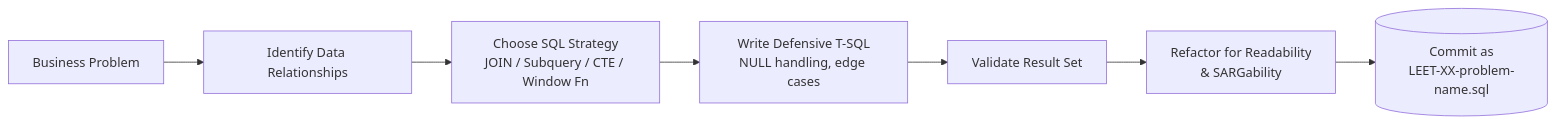
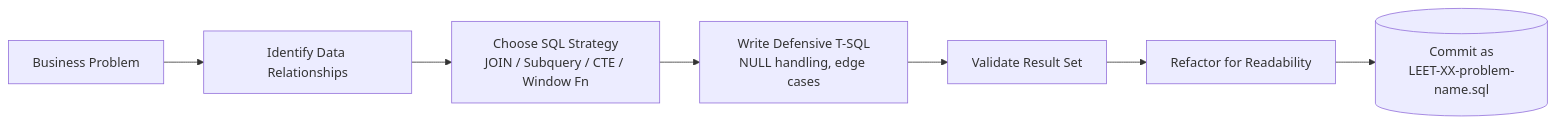
One commit to ahmed-ibrahim-EG/SQL-for-Data-Engineering-Leetcode50 changed the diagram in README.md. Above: the diagram before and after it, drawn with Mermaid. The commit also changed other lines of this file, not shown here.

````diff
--- a/README.md
+++ b/README.md
@@ -63,9 +63,9 @@
 ```mermaid
 flowchart LR
     A[Business Problem] --> B[Identify Data Relationships]
     B --> C[Choose SQL Strategy<br/>JOIN / Subquery / CTE / Window Fn]
     C --> D[Write Defensive T-SQL<br/>NULL handling, edge cases]
     D --> E[Validate Result Set]
-    E --> F[Refactor for Readability<br/>& SARGability]
+    E --> F[Refactor for Readability]
     F --> G[(Commit as<br/>LEET-XX-problem-name.sql)]
 ```
````
